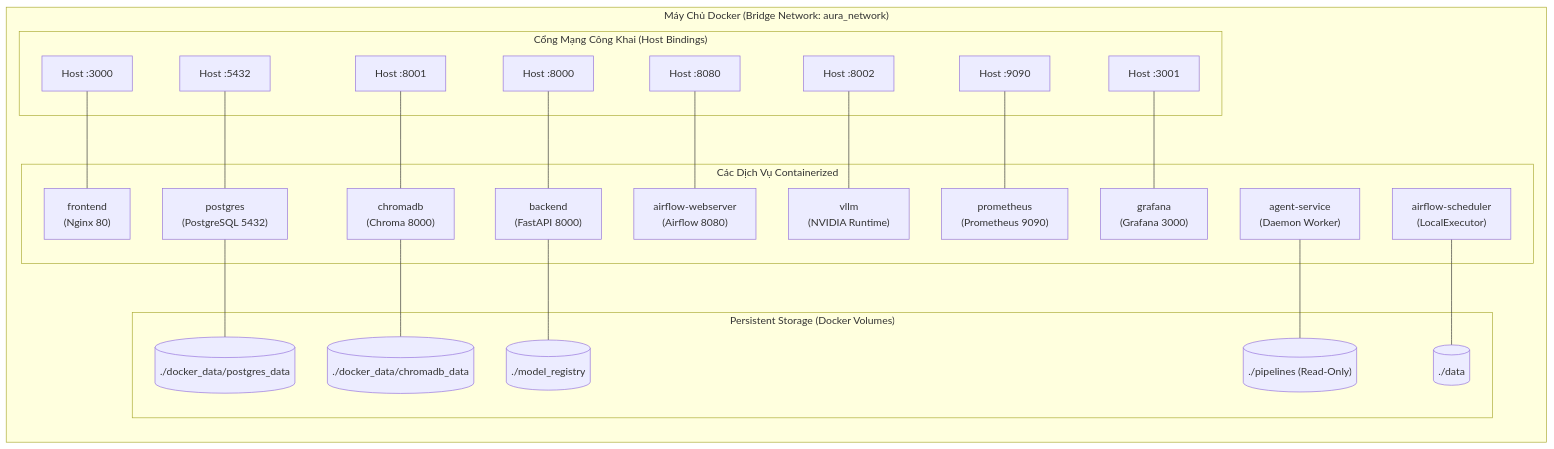
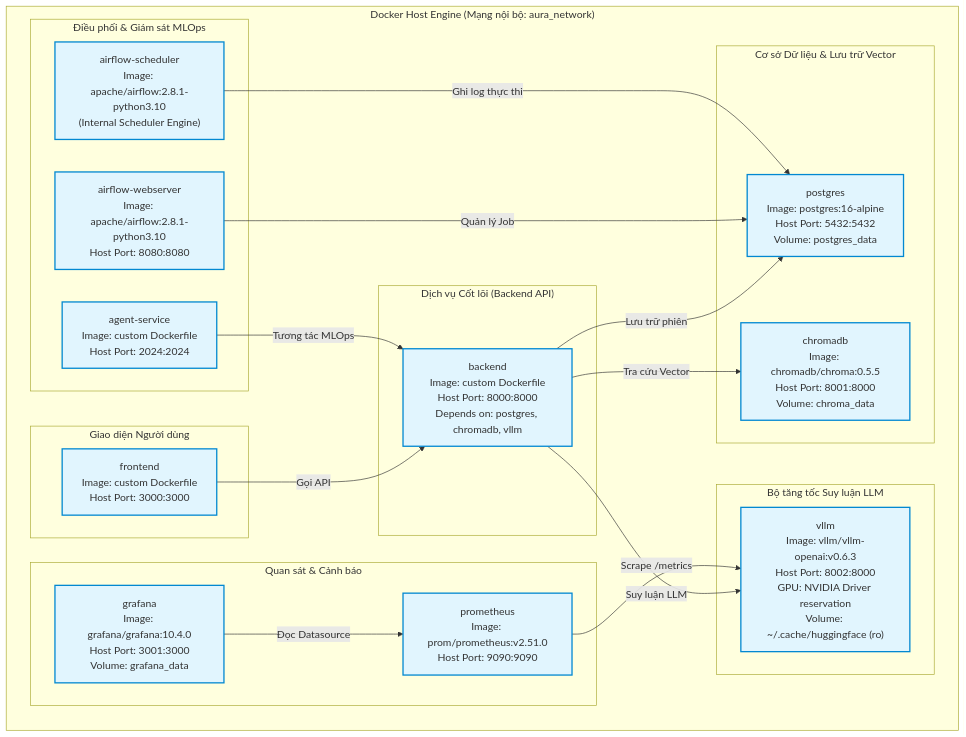
The eighth of 11 diagrams in README.md (nguyentranhuynhchi/aura-realestate), drawn with Mermaid before and after one commit. The commit also changed other lines of this file and 48 other files, not shown here.

Commit message:
feat: update MLOps agent workflow, backend services, and comprehensive README documentation

````diff
--- a/README.md
+++ b/README.md
@@ -180,53 +507,46 @@
 ```mermaid
-flowchart LR
-    subgraph DOCKER_HOST["Máy Chủ Docker (Bridge Network: aura_network)"]
-        direction TB
+flowchart TB
+    classDef container fill:#E1F5FE,stroke:#0288D1,stroke-width:2px;
+    classDef network fill:#F5F5F5,stroke:#9E9E9E,stroke-width:1px,stroke-dasharray: 5 5;
+
+    subgraph DOCKER_HOST ["Docker Host Engine (Mạng nội bộ: aura_network)"]
         
-        subgraph PORTS_EXPOSED["Cổng Mạng Công Khai (Host Bindings)"]
-            P3000["Host :3000"]
-            P8000["Host :8000"]
-            P8001["Host :8001"]
-            P8080["Host :8080"]
-            P8002["Host :8002"]
-            P9090["Host :9090"]
-            P3001["Host :3001"]
-            P5432["Host :5432"]
+        subgraph FRONTEND_SVC ["Giao diện Người dùng"]
+            Frontend["frontend<br/>Image: custom Dockerfile<br/>Host Port: 3000:3000"]:::container
         end
 
-        subgraph CONTAINERS["Các Dịch Vụ Containerized"]
-            FE_C["frontend<br/>(Nginx 80)"]
-            BE_C["backend<br/>(FastAPI 8000)"]
-            CHROMA_C["chromadb<br/>(Chroma 8000)"]
-            PG_C["postgres<br/>(PostgreSQL 5432)"]
-            AF_W_C["airflow-webserver<br/>(Airflow 8080)"]
-            AF_S_C["airflow-scheduler<br/>(LocalExecutor)"]
-            VLLM_C["vllm<br/>(NVIDIA Runtime)"]
-            PROM_C["prometheus<br/>(Prometheus 9090)"]
-            GRAF_C["grafana<br/>(Grafana 3000)"]
-            AGENT_C["agent-service<br/>(Daemon Worker)"]
+        subgraph BACKEND_SVC ["Dịch vụ Cốt lõi (Backend API)"]
+            Backend["backend<br/>Image: custom Dockerfile<br/>Host Port: 8000:8000<br/>Depends on: postgres, chromadb, vllm"]:::container
         end
 
-        subgraph VOLUMES["Persistent Storage (Docker Volumes)"]
-            V_PG[("./docker_data/postgres_data")]
-            V_CHROMA[("./docker_data/chromadb_data")]
-            V_REGISTRY[("./model_registry")]
-            V_PIPELINES[("./pipelines (Read-Only)")]
-            V_DATA[("./data")]
+        subgraph DATA_SVCS ["Cơ sở Dữ liệu & Lưu trữ Vector"]
+            Postgres["postgres<br/>Image: postgres:16-alpine<br/>Host Port: 5432:5432<br/>Volume: postgres_data"]:::container
+            ChromaDB["chromadb<br/>Image: chromadb/chroma:0.5.5<br/>Host Port: 8001:8000<br/>Volume: chroma_data"]:::container
+        end
+
+        subgraph LLM_INFERENCE ["Bộ tăng tốc Suy luận LLM"]
+            vLLM["vllm<br/>Image: vllm/vllm-openai:v0.6.3<br/>Host Port: 8002:8000<br/>GPU: NVIDIA Driver reservation<br/>Volume: ~/.cache/huggingface (ro)"]:::container
+        end
+
+        subgraph MLOPS_ORCHESTRATION ["Điều phối & Giám sát MLOps"]
+            AirflowWeb["airflow-webserver<br/>Image: apache/airflow:2.8.1-python3.10<br/>Host Port: 8080:8080"]:::container
+            AirflowSch["airflow-scheduler<br/>Image: apache/airflow:2.8.1-python3.10<br/>(Internal Scheduler Engine)"]:::container
+            AgentSvc["agent-service<br/>Image: custom Dockerfile<br/>Host Port: 2024:2024"]:::container
+        end
+
+        subgraph MONITORING_SVCS ["Quan sát & Cảnh báo"]
+            Prometheus["prometheus<br/>Image: prom/prometheus:v2.51.0<br/>Host Port: 9090:9090"]:::container
+            Grafana["grafana<br/>Image: grafana/grafana:10.4.0<br/>Host Port: 3001:3000<br/>Volume: grafana_data"]:::container
         end
     end
 
-    P3000 --- FE_C
-    P8000 --- BE_C
-    P8001 --- CHROMA_C
-    P5432 --- PG_C
-    P8080 --- AF_W_C
-    P8002 --- VLLM_C
-    P9090 --- PROM_C
-    P3001 --- GRAF_C
-
-    PG_C --- V_PG
-    CHROMA_C --- V_CHROMA
-    BE_C --- V_REGISTRY
-    AGENT_C --- V_PIPELINES
-    AF_S_C --- V_DATA
+    Frontend -->|Gọi API| Backend
+    Backend -->|Lưu trữ phiên| Postgres
+    Backend -->|Tra cứu Vector| ChromaDB
+    Backend -->|Suy luận LLM| vLLM
+    AirflowWeb -->|Quản lý Job| Postgres
+    AirflowSch -->|Ghi log thực thi| Postgres
+    Prometheus -->|Scrape /metrics| vLLM
+    Grafana -->|Đọc Datasource| Prometheus
+    AgentSvc -->|Tương tác MLOps| Backend
 ```
````
